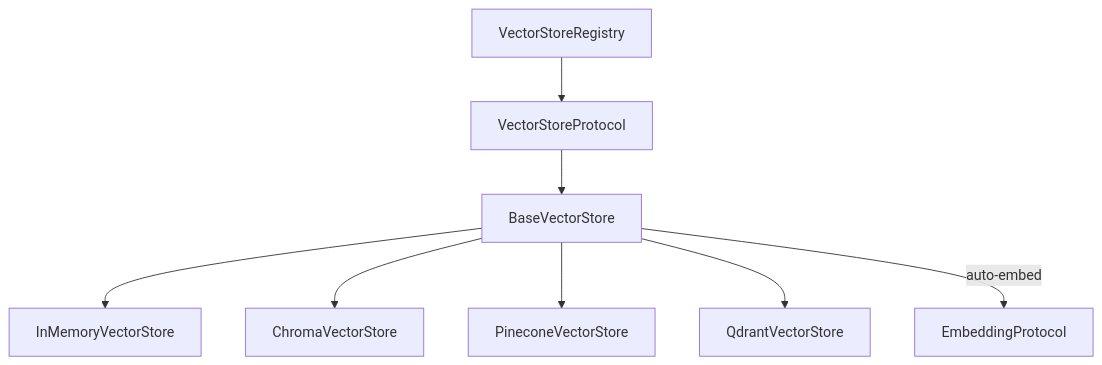
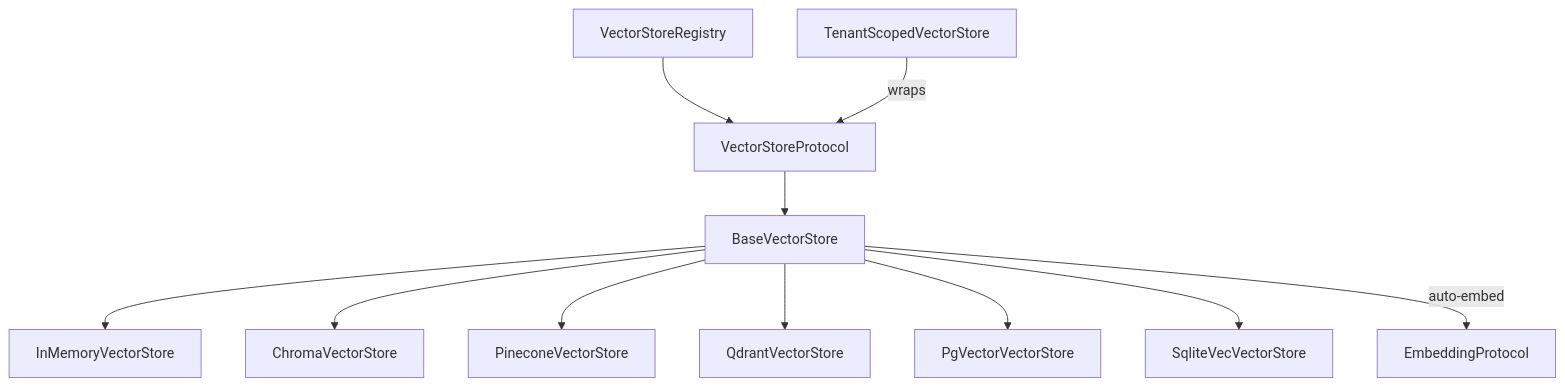
One commit to fireflyframework/fireflyframework-agentic changed the diagram in docs/vectorstores.md. Above: the diagram before and after it, drawn with Mermaid. The commit also changed other lines of this file and 20 other files, not shown here.

````diff
--- a/docs/vectorstores.md
+++ b/docs/vectorstores.md
@@ -13,10 +15,13 @@
 ```mermaid
 graph TD
     VP[VectorStoreProtocol] --> BVS[BaseVectorStore]
     BVS --> IM[InMemoryVectorStore]
     BVS --> CH[ChromaVectorStore]
     BVS --> PC[PineconeVectorStore]
     BVS --> QD[QdrantVectorStore]
+    BVS --> PG[PgVectorVectorStore]
+    BVS --> SV[SqliteVecVectorStore]
     REG[VectorStoreRegistry] --> VP
     BVS --> |auto-embed| EMB[EmbeddingProtocol]
+    TS[TenantScopedVectorStore] --> |wraps| VP
 ```
````
